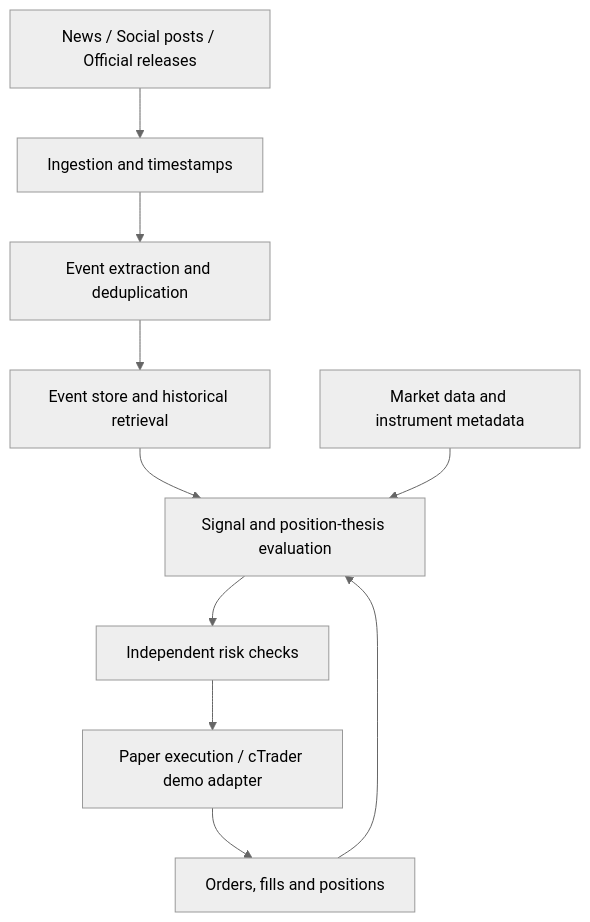
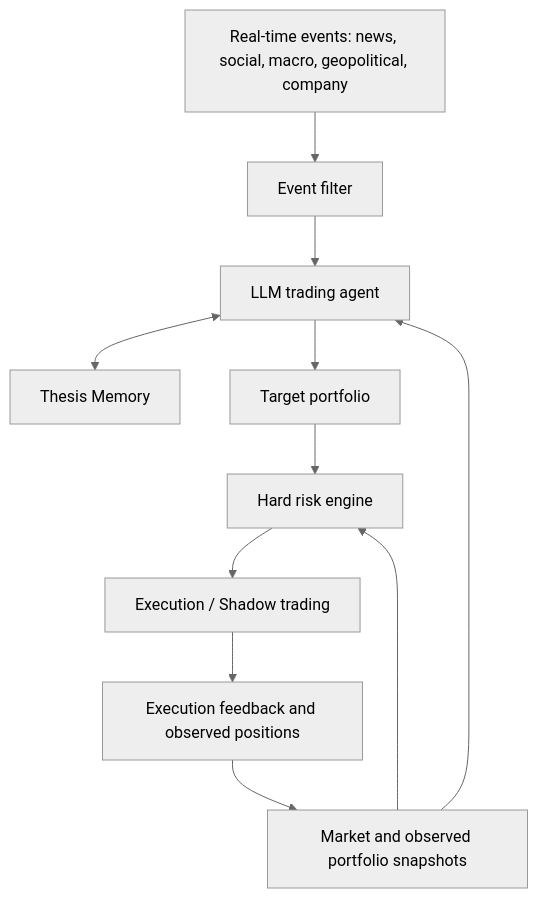
Before and after one commit to lohis-aimbot/eventlens: the diagram in README.md, drawn with Mermaid (neutral theme). The commit also changed other lines of this file and 31 other files, not shown here.

Commit message:
refactor: rebuild EventLens around persistent theses and target portfolios

````diff
--- a/README.md
+++ b/README.md
@@ -34,12 +15,13 @@
 ```mermaid
 flowchart TD
-    A[News / Social posts / Official releases] --> B[Ingestion and timestamps]
-    B --> C[Event extraction and deduplication]
-    C --> D[Event store and historical retrieval]
-    D --> E[Signal and position-thesis evaluation]
-    M[Market data and instrument metadata] --> E
-    E --> F[Independent risk checks]
-    F --> G[Paper execution / cTrader demo adapter]
-    G --> H[Orders, fills and positions]
-    H --> E
+    A[Real-time events: news, social, macro, geopolitical, company] --> B[Event filter]
+    B --> C[LLM trading agent]
+    C <--> D[Thesis Memory]
+    E[Market and observed portfolio snapshots] --> C
+    C --> F[Target portfolio]
+    F --> G[Hard risk engine]
+    E --> G
+    G --> H[Execution / Shadow trading]
+    H --> I[Execution feedback and observed positions]
+    I --> E
 ```
````
